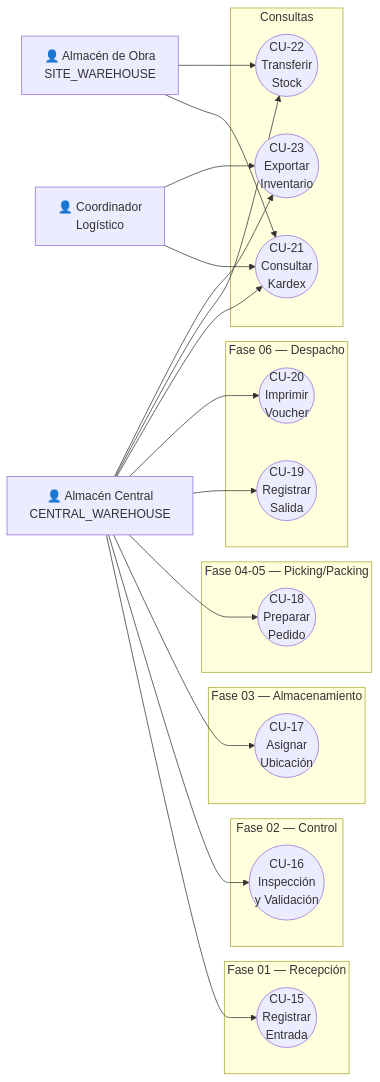
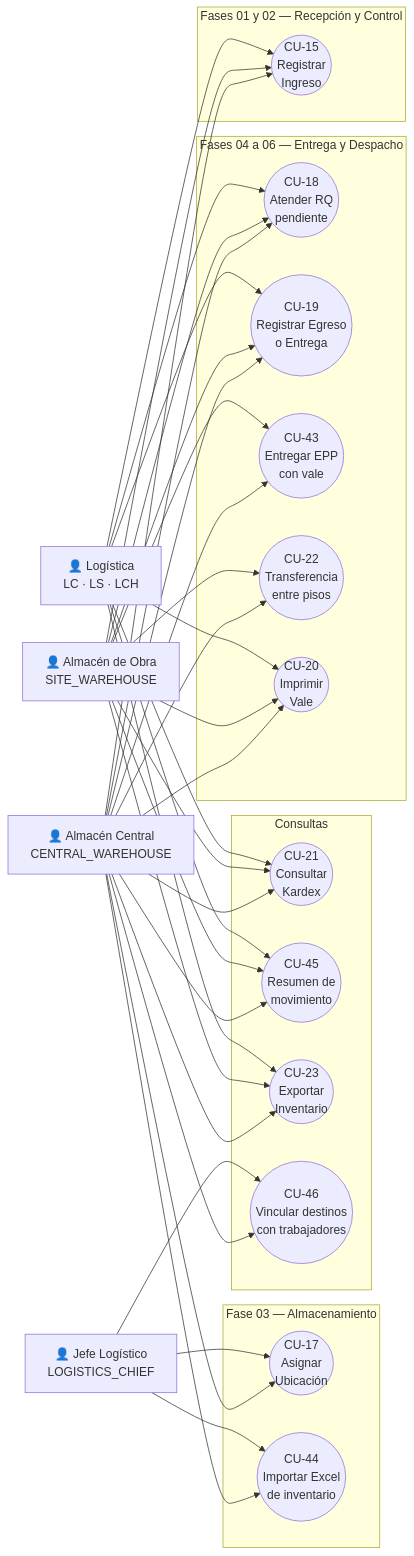
One commit to pccpegit/SYSPCCLOG changed diagram 12 of 25 in docs/01_Casos_de_Uso.md. Above: the diagram before and after it, drawn with Mermaid. The commit also changed other lines of this file and 42 other files, not shown here.

````diff
--- a/docs/01_Casos_de_Uso.md
+++ b/docs/01_Casos_de_Uso.md
@@ -547,49 +701,66 @@
 ```mermaid
 graph LR
     CW[👤 Almacén Central<br/>CENTRAL_WAREHOUSE]
     SW[👤 Almacén de Obra<br/>SITE_WAREHOUSE]
-    LC[👤 Coordinador<br/>Logístico]
+    LG[👤 Logística<br/>LC · LS · LCH]
+    LCH[👤 Jefe Logístico<br/>LOGISTICS_CHIEF]
 
-    subgraph "Fase 01 — Recepción"
-        CU15((CU-15<br/>Registrar<br/>Entrada))
-    end
-
-    subgraph "Fase 02 — Control"
-        CU16((CU-16<br/>Inspección<br/>y Validación))
+    subgraph "Fases 01 y 02 — Recepción y Control"
+        CU15((CU-15<br/>Registrar<br/>Ingreso))
     end
 
     subgraph "Fase 03 — Almacenamiento"
         CU17((CU-17<br/>Asignar<br/>Ubicación))
+        CU44((CU-44<br/>Importar Excel<br/>de inventario))
     end
 
-    subgraph "Fase 04-05 — Picking/Packing"
-        CU18((CU-18<br/>Preparar<br/>Pedido))
-    end
-
-    subgraph "Fase 06 — Despacho"
-        CU19((CU-19<br/>Registrar<br/>Salida))
-        CU20((CU-20<br/>Imprimir<br/>Voucher))
+    subgraph "Fases 04 a 06 — Entrega y Despacho"
+        CU18((CU-18<br/>Atender RQ<br/>pendiente))
+        CU19((CU-19<br/>Registrar Egreso<br/>o Entrega))
+        CU43((CU-43<br/>Entregar EPP<br/>con vale))
+        CU22((CU-22<br/>Transferencia<br/>entre pisos))
+        CU20((CU-20<br/>Imprimir<br/>Vale))
     end
 
     subgraph "Consultas"
         CU21((CU-21<br/>Consultar<br/>Kardex))
-        CU22((CU-22<br/>Transferir<br/>Stock))
+        CU45((CU-45<br/>Resumen de<br/>movimiento))
         CU23((CU-23<br/>Exportar<br/>Inventario))
+        CU46((CU-46<br/>Vincular destinos<br/>con trabajadores))
     end
 
     CW --> CU15
-    CW --> CU16
     CW --> CU17
+    CW --> CU44
     CW --> CU18
     CW --> CU19
+    CW --> CU43
+    CW --> CU22
     CW --> CU20
     CW --> CU21
-    CW --> CU22
+    CW --> CU45
     CW --> CU23
+    CW --> CU46
 
+    SW --> CU15
+    SW --> CU18
+    SW --> CU19
+    SW --> CU43
+    SW --> CU22
+    SW --> CU20
     SW --> CU21
-    SW --> CU22
+    SW --> CU45
+    SW --> CU23
 
-    LC --> CU21
-    LC --> CU23
+    LG --> CU15
+    LG --> CU18
+    LG --> CU19
+    LG --> CU20
+    LG --> CU21
+    LG --> CU45
+    LG --> CU23
+
+    LCH --> CU17
+    LCH --> CU44
+    LCH --> CU46
 ```
````
